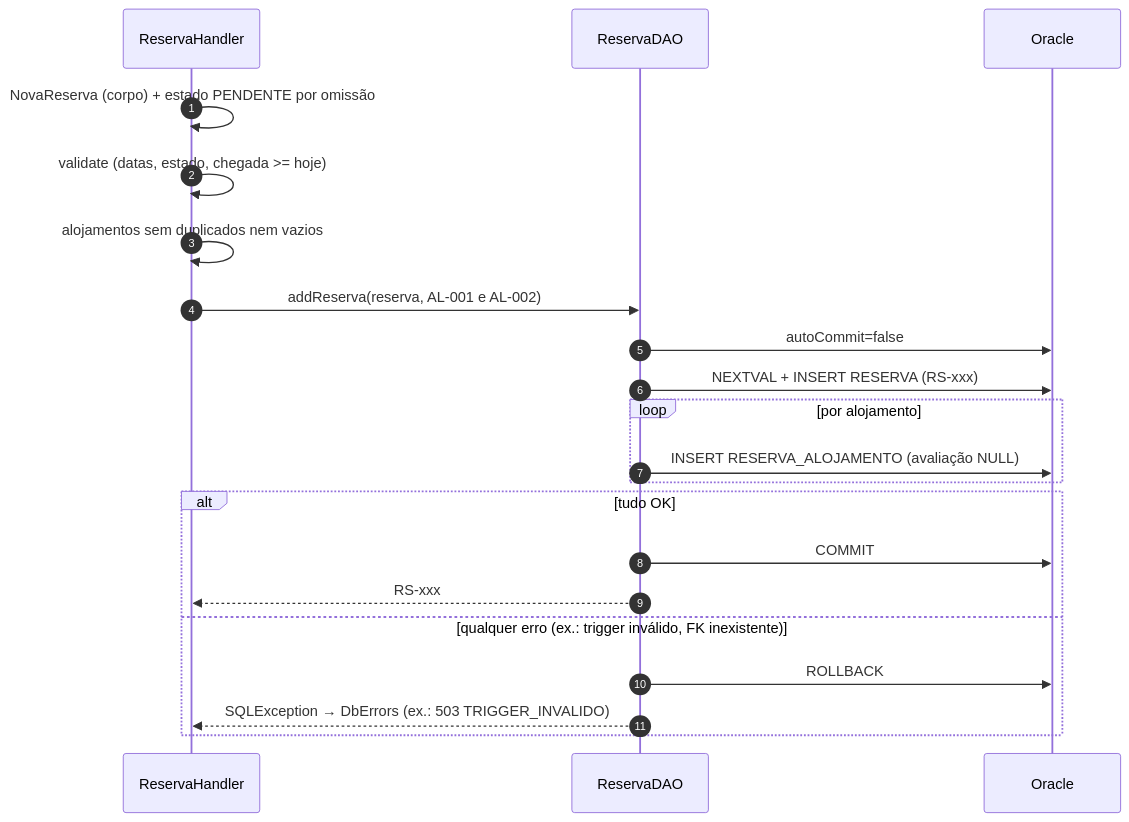
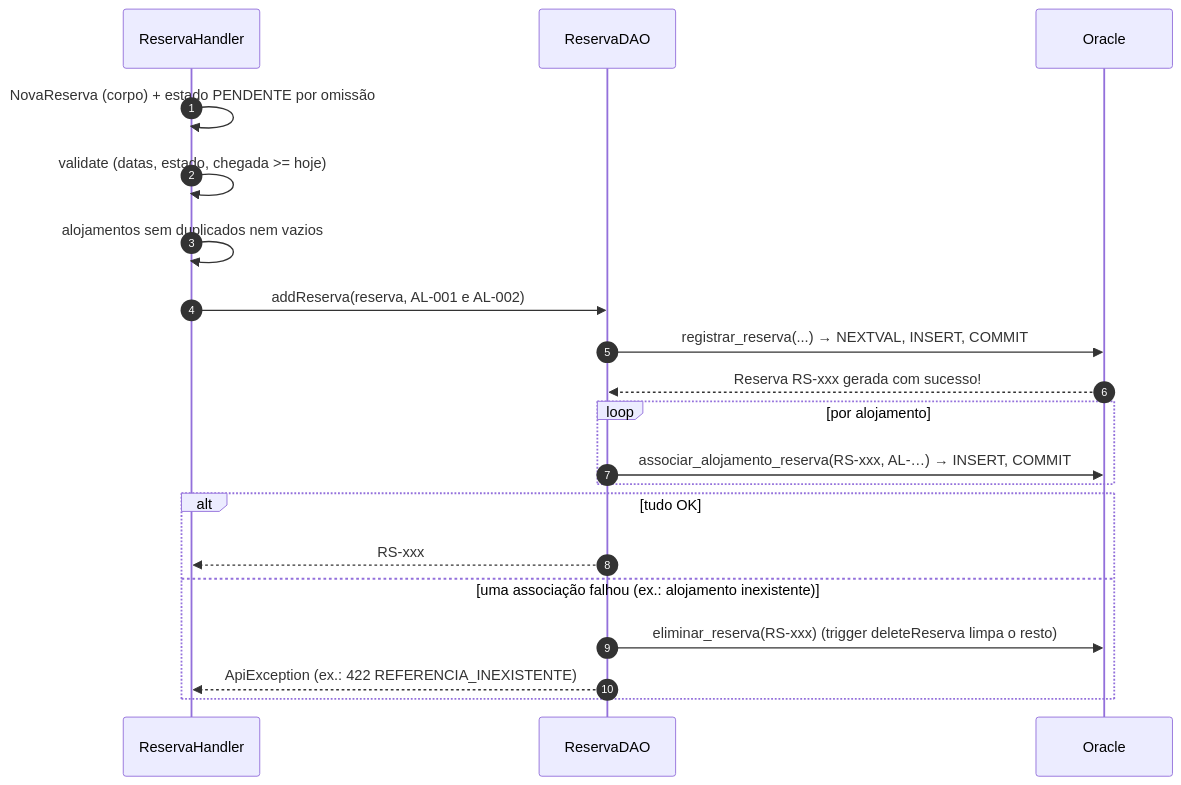
Diagram 14 of 19 in documents/README.md (devyosef07/Trabalho_Gestao_Turismo), drawn with Mermaid before and after one commit. The commit also changed other lines of this file and 89 other files, not shown here.

````diff
--- a/documents/README.md
+++ b/documents/README.md
@@ -2358,24 +2515,23 @@
 ```mermaid
 sequenceDiagram
     autonumber
     participant H as ReservaHandler
     participant DAO as ReservaDAO
     participant DB as Oracle
 
     H->>H: NovaReserva (corpo) + estado PENDENTE por omissão
     H->>H: validate (datas, estado, chegada >= hoje)
     H->>H: alojamentos sem duplicados nem vazios
     H->>DAO: addReserva(reserva, AL-001 e AL-002)
-    DAO->>DB: autoCommit=false
-    DAO->>DB: NEXTVAL + INSERT RESERVA (RS-xxx)
+    DAO->>DB: registrar_reserva(...) → NEXTVAL, INSERT, COMMIT
+    DB-->>DAO: Reserva RS-xxx gerada com sucesso!
     loop por alojamento
-        DAO->>DB: INSERT RESERVA_ALOJAMENTO (avaliação NULL)
+        DAO->>DB: associar_alojamento_reserva(RS-xxx, AL-…) → INSERT, COMMIT
     end
     alt tudo OK
-        DAO->>DB: COMMIT
         DAO-->>H: RS-xxx
-    else qualquer erro (ex.: trigger inválido, FK inexistente)
-        DAO->>DB: ROLLBACK
-        DAO-->>H: SQLException → DbErrors (ex.: 503 TRIGGER_INVALIDO)
+    else uma associação falhou (ex.: alojamento inexistente)
+        DAO->>DB: eliminar_reserva(RS-xxx) (trigger deleteReserva limpa o resto)
+        DAO-->>H: ApiException (ex.: 422 REFERENCIA_INEXISTENTE)
     end
 ```
````
